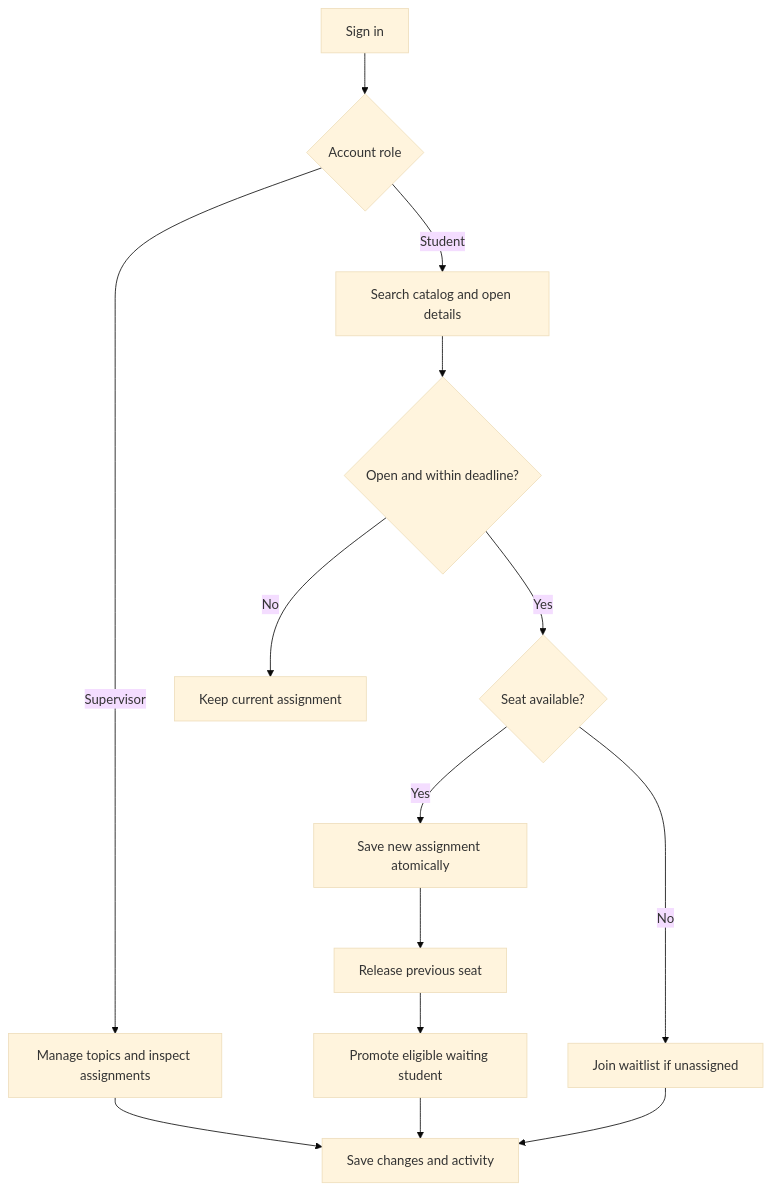
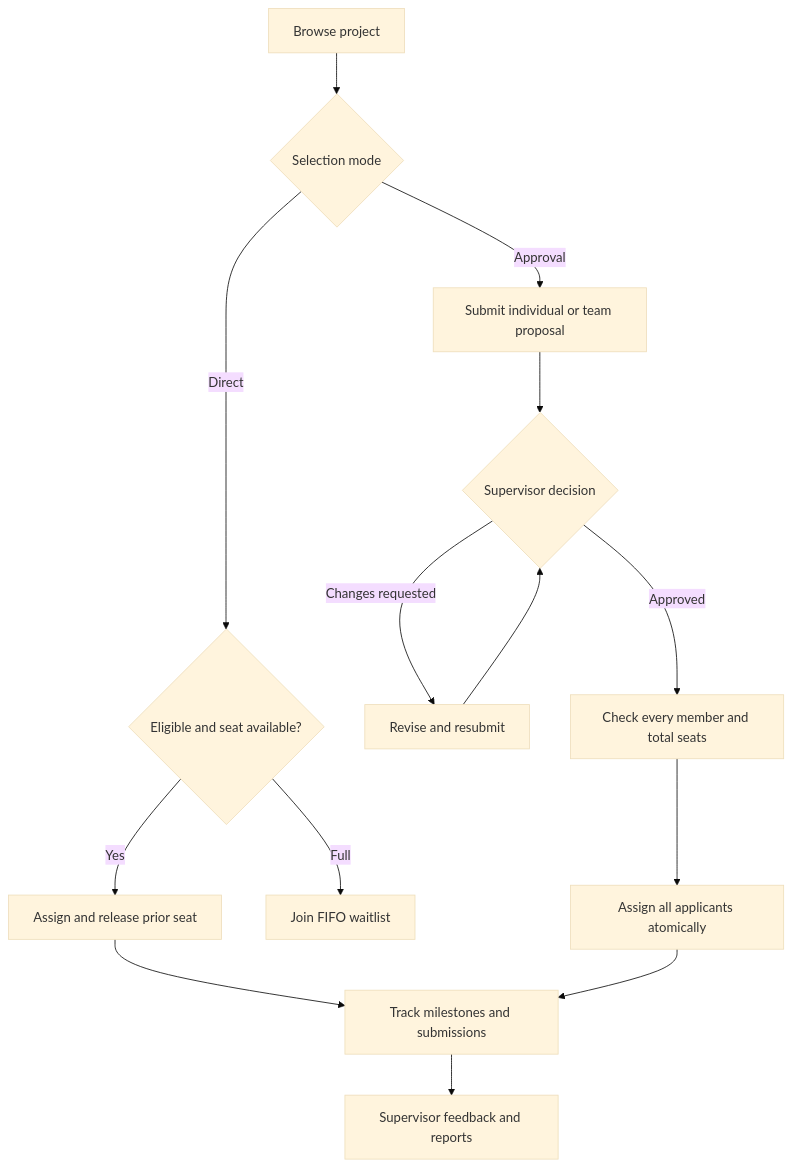
Before and after one commit to MeazbahMehedi/ProjectPilot-Python: the diagram in README.md, drawn with Mermaid (base theme). The commit also changed other lines of this file and 14 other files, not shown here.

````diff
--- a/README.md
+++ b/README.md
@@ -71,16 +78,16 @@
 ```mermaid
 flowchart TD
-    A[Sign in] --> B{Account role}
-    B -->|Supervisor| C[Manage topics and inspect assignments]
-    B -->|Student| D[Search catalog and open details]
-    D --> E{Open and within deadline?}
-    E -->|No| F[Keep current assignment]
-    E -->|Yes| G{Seat available?}
-    G -->|Yes| H[Save new assignment atomically]
-    G -->|No| I[Join waitlist if unassigned]
-    H --> J[Release previous seat]
-    J --> K[Promote eligible waiting student]
-    C --> L[Save changes and activity]
-    K --> L
-    I --> L
+    A[Browse project] --> B{Selection mode}
+    B -->|Direct| C{Eligible and seat available?}
+    C -->|Yes| D[Assign and release prior seat]
+    C -->|Full| E[Join FIFO waitlist]
+    B -->|Approval| F[Submit individual or team proposal]
+    F --> G{Supervisor decision}
+    G -->|Changes requested| H[Revise and resubmit]
+    H --> G
+    G -->|Approved| I[Check every member and total seats]
+    I --> J[Assign all applicants atomically]
+    D --> K[Track milestones and submissions]
+    J --> K
+    K --> L[Supervisor feedback and reports]
 ```
````
